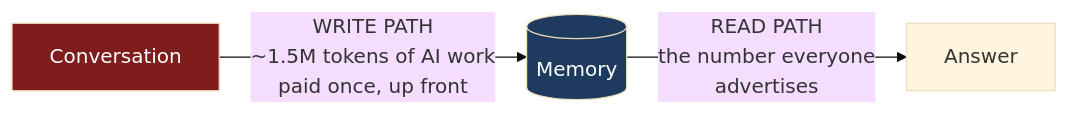
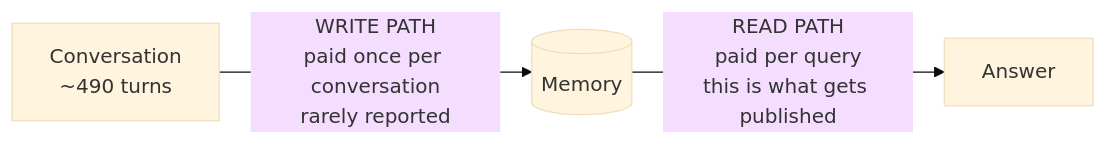
One commit to i-shantt/llm-mem-eval changed the first of 3 diagrams in README.md. Above: the diagram before and after it, drawn with Mermaid (base theme). The commit also changed other lines of this file, not shown here.

````diff
--- a/README.md
+++ b/README.md
@@ -31,7 +24,9 @@
 ```mermaid
 flowchart LR
-    A[Conversation] -->|"WRITE PATH<br/>~1.5M tokens of AI work<br/>paid once, up front"| B[(Memory)]
-    B -->|"READ PATH<br/>the number everyone<br/>advertises"| C[Answer]
-    style A fill:#7f1d1d,color:#fff
-    style B fill:#1e3a5f,color:#fff
+    C["Conversation<br/>~490 turns"]
+    S[("Memory")]
+    A["Answer"]
+
+    C -->|"WRITE PATH<br/>paid once per conversation<br/>rarely reported"| S
+    S -->|"READ PATH<br/>paid per query<br/>this is what gets published"| A
 ```
````
